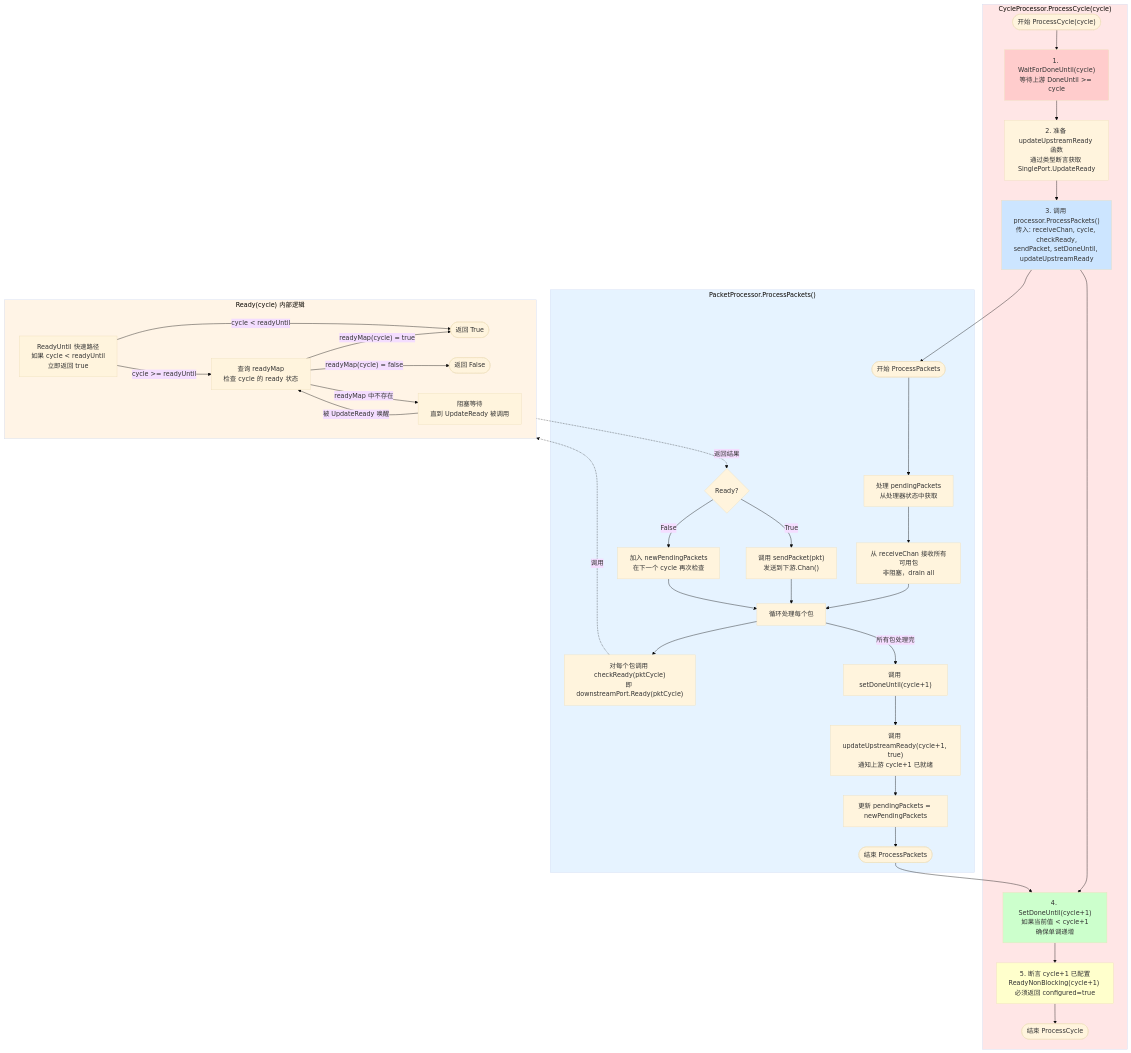
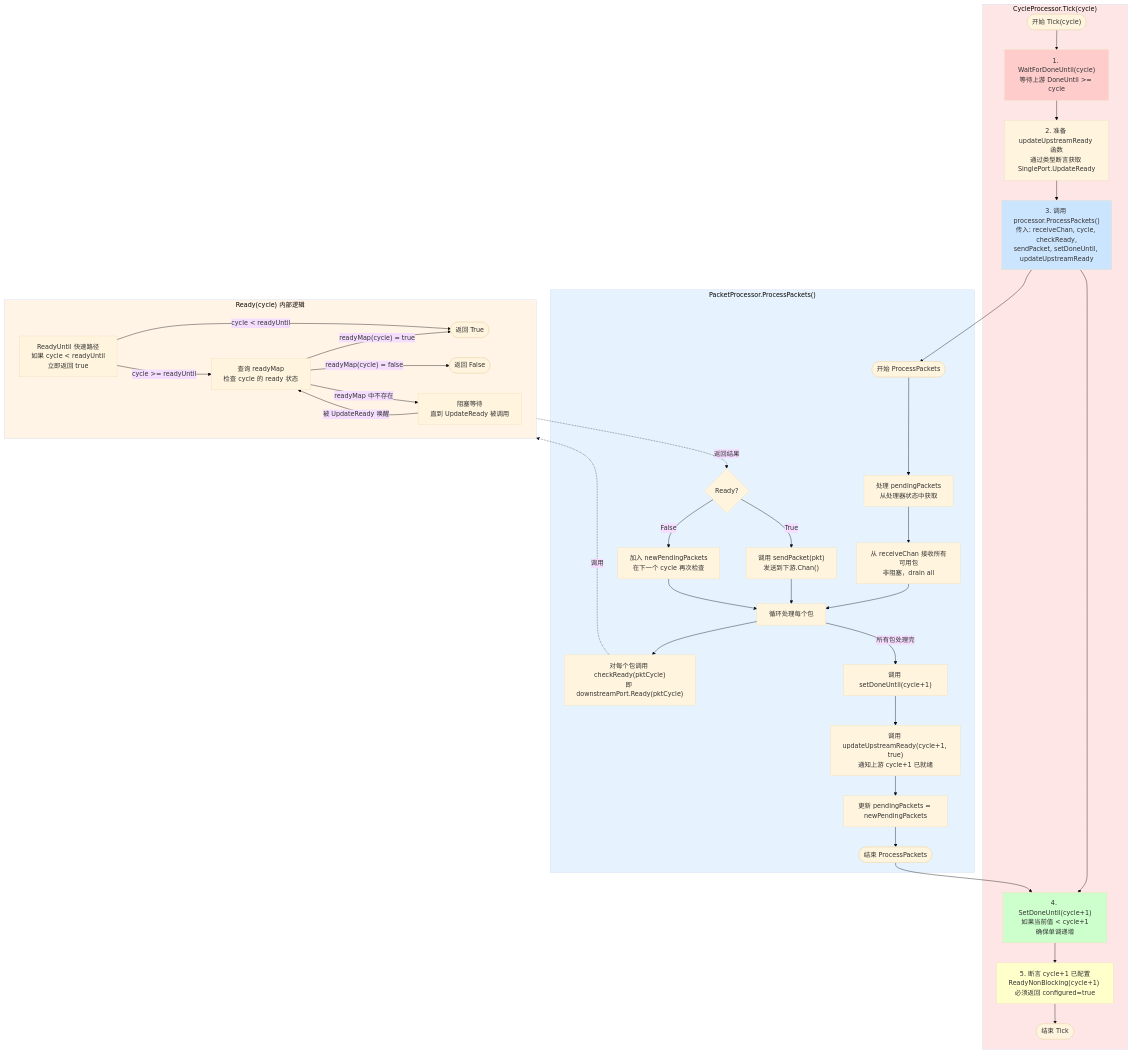
Before and after one commit to Readm/flow_control_sim: the first of 2 diagrams in doc/core/cycle_port.md, drawn with Mermaid (base theme). The commit also changed other lines of this file and 22 other files, not shown here.

Commit message:
Rename ProcessCycle -> Tick

````diff
--- a/doc/core/cycle_port.md
+++ b/doc/core/cycle_port.md
@@ -76,78 +76,78 @@
 ``` mermaid
 ---
 config:
   layout: dagre
 ---
 flowchart TB
-    subgraph CP["CycleProcessor.ProcessCycle(cycle)"]
-        START(["开始 ProcessCycle(cycle)"])
+    subgraph CP["CycleProcessor.Tick(cycle)"]
+        START(["开始 Tick(cycle)"])
         WAIT["1. WaitForDoneUntil(cycle)<br/>等待上游 DoneUntil >= cycle"]
         PREPARE["2. 准备 updateUpstreamReady 函数<br/>通过类型断言获取 SinglePort.UpdateReady"]
         CALL_PROC["3. 调用 processor.ProcessPackets()<br/>传入: receiveChan, cycle, checkReady,<br/>sendPacket, setDoneUntil, updateUpstreamReady"]
         SET_DONE["4. SetDoneUntil(cycle+1)<br/>如果当前值 < cycle+1<br/>确保单调递增"]
         ASSERT["5. 断言 cycle+1 已配置<br/>ReadyNonBlocking(cycle+1) 必须返回 configured=true"]
-        END_CP(["结束 ProcessCycle"])
+        END_CP(["结束 Tick"])
     end
 
     subgraph PP["PacketProcessor.ProcessPackets()"]
         START_PP(["开始 ProcessPackets"])
         PENDING["处理 pendingPackets<br/>从处理器状态中获取"]
         RECV["从 receiveChan 接收所有可用包<br/>非阻塞，drain all"]
         LOOP["循环处理每个包"]
         CHECK["对每个包调用 checkReady(pktCycle)<br/>即 downstreamPort.Ready(pktCycle)"]
         READY{Ready?}
         SEND["调用 sendPacket(pkt)<br/>发送到下游.Chan()"]
         KEEP["加入 newPendingPackets<br/>在下一个 cycle 再次检查"]
         DONE_PP["调用 setDoneUntil(cycle+1)"]
         UPDATE["调用 updateUpstreamReady(cycle+1, true)<br/>通知上游 cycle+1 已就绪"]
         SAVE["更新 pendingPackets = newPendingPackets"]
         END_PP(["结束 ProcessPackets"])
     end
 
     subgraph READY_LOGIC["Ready(cycle) 内部逻辑"]
         RU["ReadyUntil 快速路径<br/>如果 cycle < readyUntil<br/>立即返回 true"]
         RM["查询 readyMap<br/>检查 cycle 的 ready 状态"]
         BLOCK["阻塞等待<br/>直到 UpdateReady 被调用"]
         TRUE_R(["返回 True"])
         FALSE_R(["返回 False"])
     end
 
     START --> WAIT
     WAIT --> PREPARE
     PREPARE --> CALL_PROC
     CALL_PROC --> SET_DONE
     SET_DONE --> ASSERT
     ASSERT --> END_CP
 
     CALL_PROC --> START_PP
     START_PP --> PENDING
     PENDING --> RECV
     RECV --> LOOP
     LOOP --> CHECK
     CHECK -.->|调用| READY_LOGIC
     READY_LOGIC -.->|返回结果| READY
     READY -->|True| SEND
     READY -->|False| KEEP
     SEND --> LOOP
     KEEP --> LOOP
     LOOP -->|所有包处理完| DONE_PP
     DONE_PP --> UPDATE
     UPDATE --> SAVE
     SAVE --> END_PP
     END_PP --> SET_DONE
 
     RU -->|"cycle < readyUntil"| TRUE_R
     RU -->|"cycle >= readyUntil"| RM
     RM -->|"readyMap(cycle) = true"| TRUE_R
     RM -->|"readyMap(cycle) = false"| FALSE_R
     RM -->|"readyMap 中不存在"| BLOCK
     BLOCK -->|"被 UpdateReady 唤醒"| RM
 
     style CP fill:#FFE6E6
     style PP fill:#E6F3FF
     style READY_LOGIC fill:#FFF4E6
     style WAIT fill:#FFCCCC
     style CALL_PROC fill:#CCE5FF
     style SET_DONE fill:#CCFFCC
     style ASSERT fill:#FFFFCC
 ```
````
